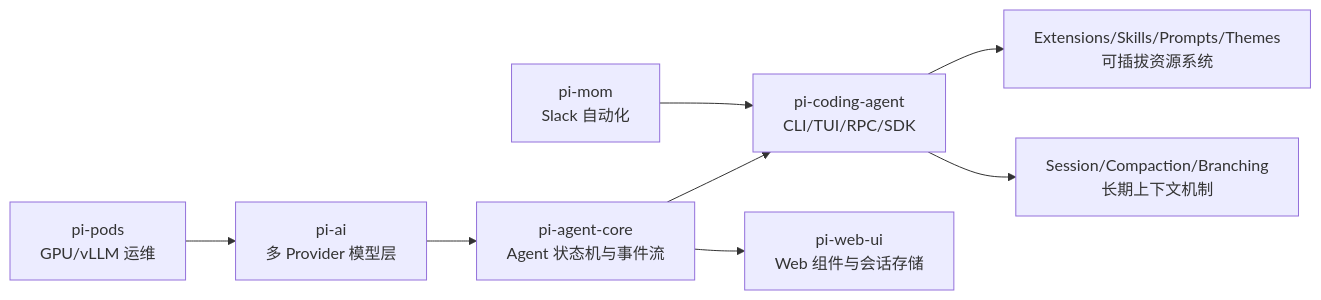
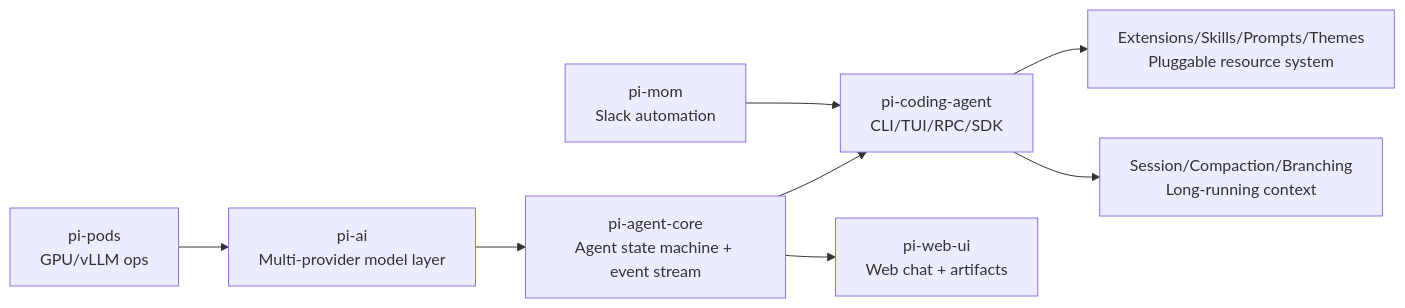
The diagram in docs/clawbot/pi-mono 深度解析.md (parkgogogo/blogs-md), drawn with Mermaid before and after one commit. The commit also changed 1 other file, not shown here.

Commit message:
docs: switch remaining mermaid labels to English (renderer workaround)

````diff
--- a/docs/clawbot/pi-mono 深度解析.md
+++ b/docs/clawbot/pi-mono 深度解析.md
@@ -27,10 +27,10 @@
 ```mermaid
 flowchart LR
-  A[pi-ai\n多 Provider 模型层] --> B[pi-agent-core\nAgent 状态机与事件流]
+  A[pi-ai\nMulti-provider model layer] --> B[pi-agent-core\nAgent state machine + event stream]
   B --> C[pi-coding-agent\nCLI/TUI/RPC/SDK]
-  B --> D[pi-web-ui\nWeb 组件与会话存储]
-  C --> E[Extensions/Skills/Prompts/Themes\n可插拔资源系统]
-  C --> F[Session/Compaction/Branching\n长期上下文机制]
-  G[pi-pods\nGPU/vLLM 运维] --> A
-  H[pi-mom\nSlack 自动化] --> C
+  B --> D[pi-web-ui\nWeb chat + artifacts]
+  C --> E[Extensions/Skills/Prompts/Themes\nPluggable resource system]
+  C --> F[Session/Compaction/Branching\nLong-running context]
+  G[pi-pods\nGPU/vLLM ops] --> A
+  H[pi-mom\nSlack automation] --> C
 ```
````
